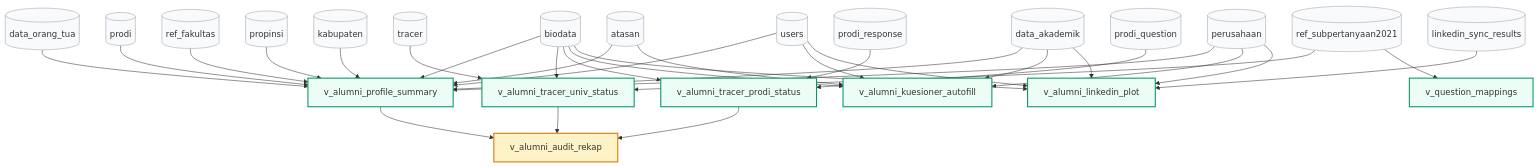
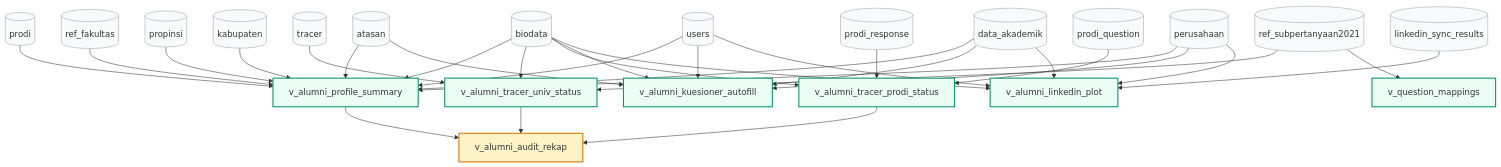
Before and after one commit to claraanjelitakd/tugas-akhir: the diagram in docs/database-views.md, drawn with Mermaid. The commit also changed other lines of this file and 83 other files, not shown here.

````diff
--- a/docs/database-views.md
+++ b/docs/database-views.md
@@ -28,73 +30,71 @@
 ```mermaid
 graph TD
     classDef base fill:#f9fafb,stroke:#9ca3af,stroke-width:1px;
     classDef view fill:#ecfdf5,stroke:#059669,stroke-width:2px;
     classDef master fill:#fef3c7,stroke:#d97706,stroke-width:2px;
 
     %% Tabel Fisik Dasar
     T_USERS[(users)]:::base
     T_BIO[(biodata)]:::base
     T_AKAD[(data_akademik)]:::base
-    T_ORTU[(data_orang_tua)]:::base
     T_CORP[(perusahaan)]:::base
     T_ATASAN[(atasan)]:::base
     T_PRODI[(prodi)]:::base
     T_FAK[(ref_fakultas)]:::base
     T_PROV[(propinsi)]:::base
     T_KAB[(kabupaten)]:::base
     T_TRACER[(tracer)]:::base
     T_SOAL_U[(ref_subpertanyaan2021)]:::base
     T_RESP_P[(prodi_response)]:::base
     T_SOAL_P[(prodi_question)]:::base
     T_LINKEDIN[(linkedin_sync_results)]:::base
 
     %% View Level 1
     V_PROF[v_alumni_profile_summary]:::view
     V_UNIV[v_alumni_tracer_univ_status]:::view
     V_PRODI[v_alumni_tracer_prodi_status]:::view
     V_AUTO[v_alumni_kuesioner_autofill]:::view
     V_MAP[v_question_mappings]:::view
     V_LINKEDIN[v_alumni_linkedin_plot]:::view
 
     %% View Level 2 (Master)
     V_AUDIT[v_alumni_audit_rekap]:::master
 
     %% Relasi Level 1
     T_BIO --> V_PROF
     T_USERS --> V_PROF
     T_AKAD --> V_PROF
-    T_ORTU --> V_PROF
     T_CORP --> V_PROF
     T_ATASAN --> V_PROF
     T_PRODI --> V_PROF
     T_FAK --> V_PROF
     T_PROV --> V_PROF
     T_KAB --> V_PROF
 
     T_BIO --> V_UNIV
     T_TRACER --> V_UNIV
     T_SOAL_U --> V_UNIV
 
     T_BIO --> V_PRODI
     T_RESP_P --> V_PRODI
     T_SOAL_P --> V_PRODI
 
     T_USERS --> V_AUTO
     T_BIO --> V_AUTO
     T_AKAD --> V_AUTO
     T_CORP --> V_AUTO
     T_ATASAN --> V_AUTO
 
     T_SOAL_U --> V_MAP
 
     T_BIO --> V_LINKEDIN
     T_USERS --> V_LINKEDIN
     T_AKAD --> V_LINKEDIN
     T_CORP --> V_LINKEDIN
     T_LINKEDIN --> V_LINKEDIN
 
     %% Relasi Level 2 (Master Rekapitulasi)
     V_PROF --> V_AUDIT
     V_UNIV --> V_AUDIT
     V_PRODI --> V_AUDIT
 ```
````
